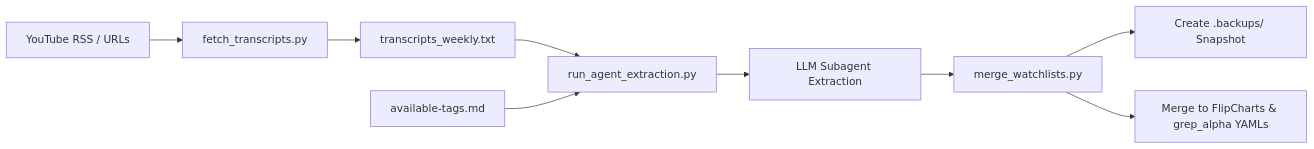
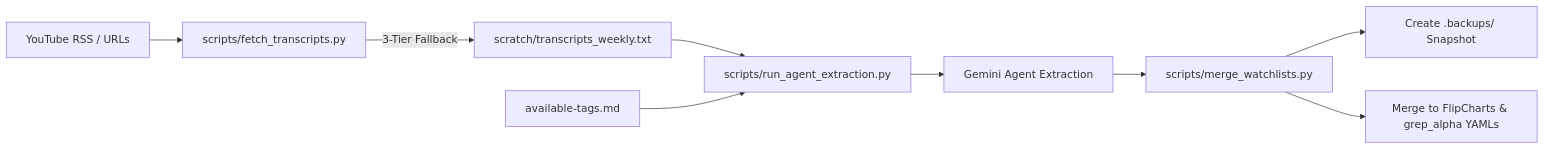
One commit to common-guid/grep_alpha changed the second of 2 diagrams in README.md. Above: the diagram before and after it, drawn with Mermaid. The commit also changed other lines of this file and 7 other files, not shown here.

First line of the commit message:
feat(pipeline): add automated YouTube watchlist update pipeline &   documentation

````diff
--- a/README.md
+++ b/README.md
@@ -336,11 +338,11 @@
 ```mermaid
 flowchart LR
-    A[YouTube RSS / URLs] --> B[fetch_transcripts.py]
-    B --> C[transcripts_weekly.txt]
-    C --> D[run_agent_extraction.py]
+    A[YouTube RSS / URLs] --> B[scripts/fetch_transcripts.py]
+    B -->|3-Tier Fallback| C[scratch/transcripts_weekly.txt]
+    C --> D[scripts/run_agent_extraction.py]
     E[available-tags.md] --> D
-    D --> F[LLM Subagent Extraction]
-    F --> G[merge_watchlists.py]
+    D --> F[Gemini Agent Extraction]
+    F --> G[scripts/merge_watchlists.py]
     G --> H[Create .backups/ Snapshot]
     G --> I[Merge to FlipCharts & grep_alpha YAMLs]
 ```
````
